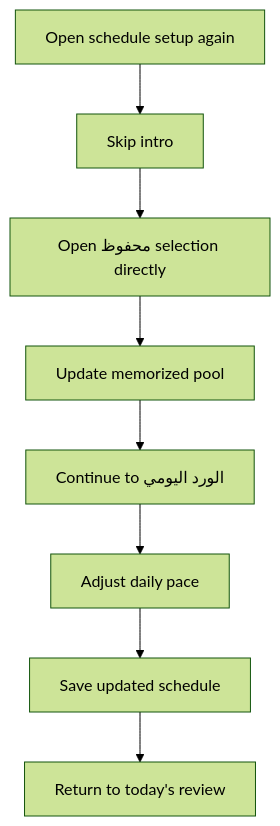
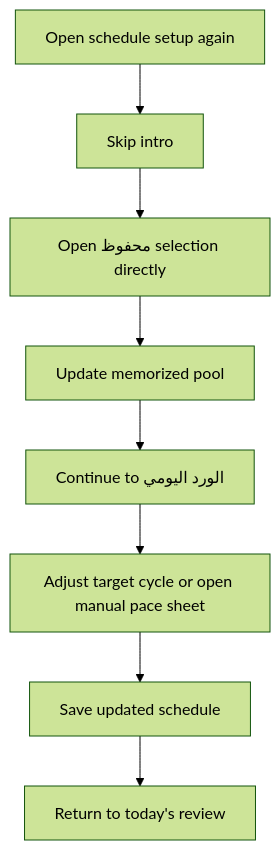
One commit to mahdihijazi/tathbeet changed the second of 6 diagrams in docs/mvp-user-flow.md. Above: the diagram before and after it, drawn with Mermaid (forest theme). The commit also changed other lines of this file and 7 other files, not shown here.

First line of the commit message:
Redesign pace setup around cycle targets

````diff
--- a/docs/mvp-user-flow.md
+++ b/docs/mvp-user-flow.md
@@ -27,10 +30,10 @@
 ```mermaid
 flowchart TD
     A["Open schedule setup again"] --> B["Skip intro"]
     B --> C["Open محفوظ selection directly"]
     C --> D["Update memorized pool"]
     D --> E["Continue to الورد اليومي"]
-    E --> F["Adjust daily pace"]
+    E --> F["Adjust target cycle or open manual pace sheet"]
     F --> G["Save updated schedule"]
     G --> H["Return to today's review"]
 ```
````
